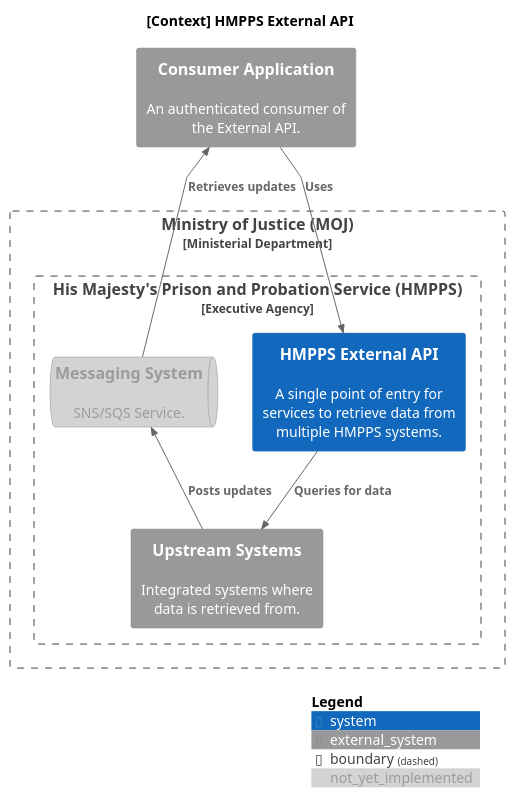
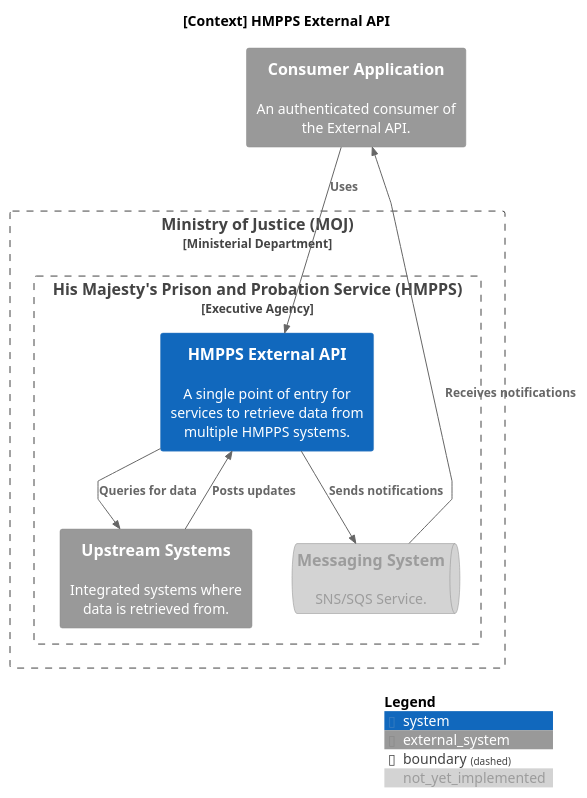
The diagram in docs/diagrams/context.puml (ministryofjustice/hmpps-integration-api), drawn with PlantUML before and after one commit. The commit also changed 5 other files, not shown here.

```diff
--- a/docs/diagrams/context.puml
+++ b/docs/diagrams/context.puml
@@ -1,30 +1,31 @@
 @startuml context
 
 !include https://raw.githubusercontent.com/plantuml-stdlib/C4-PlantUML/master/C4_Context.puml
 
 skinparam linetype polyline
 
 title [Context] HMPPS External API
 
 AddElementTag("not_yet_implemented", $bgColor="#D3D3D3", $fontColor="#9C9C9C")
 
 System_Ext(consumer, "Consumer Application", "An authenticated consumer of the External API.")
 
 Boundary(moj, "Ministry of Justice (MOJ)", "Ministerial Department") {
   Boundary(hmpps, "His Majesty's Prison and Probation Service (HMPPS)", "Executive Agency") {
     System(hmpps_integration_api, "HMPPS External API", "A single point of entry for services to retrieve data from multiple HMPPS systems.")
 
     SystemQueue_Ext(messaging, "Messaging System", "SNS/SQS Service.",$tags="not_yet_implemented")
 
     System_Ext(upstream, "Upstream Systems", "Integrated systems where data is retrieved from.")
   }
 }
 
 Rel_Down(consumer, hmpps_integration_api, "Uses")
-Rel_Up(upstream, messaging, "Posts updates")
-Rel_Up(messaging, consumer, "Retrieves updates")
+Rel_Up(upstream, hmpps_integration_api, "Posts updates")
+Rel(hmpps_integration_api, messaging, "Sends notifications")
+Rel_Up(messaging, consumer, "Receives notifications")
 Rel(hmpps_integration_api, upstream, "Queries for data")
 
 SHOW_DYNAMIC_LEGEND()
 
 @enduml
```
